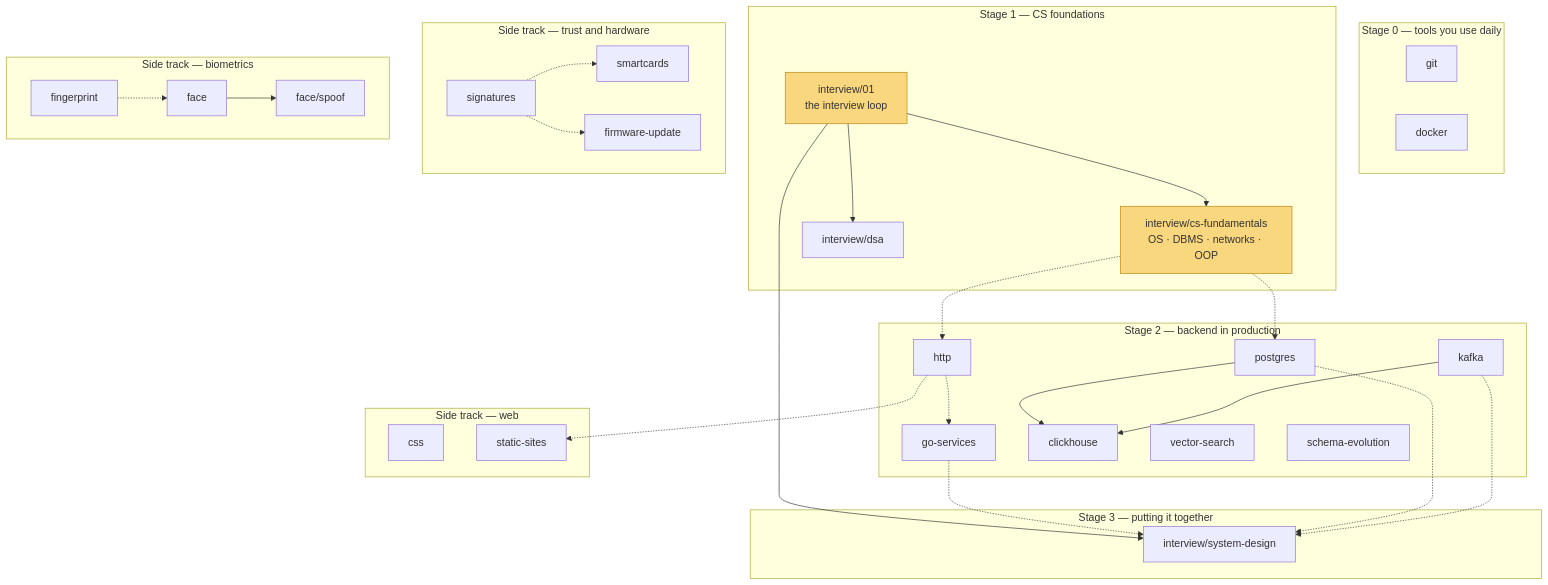
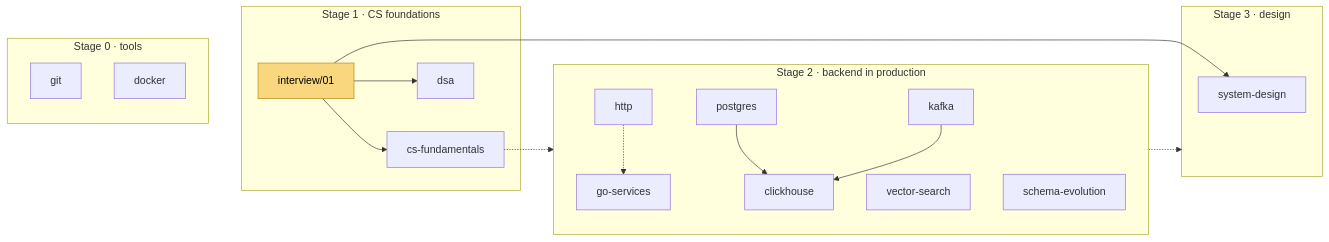
One commit to Beasr1/til changed the first of 2 diagrams in README.md. Above: the diagram before and after it, drawn with Mermaid. The commit also changed other lines of this file, not shown here.

Commit message:
docs:roadmap gets a plain-text map and two cleaner diagrams

````diff
--- a/README.md
+++ b/README.md
@@ -20,64 +51,34 @@
 ```mermaid
-flowchart TD
-    subgraph T0["Stage 0 — tools you use daily"]
+flowchart LR
+    subgraph S0["Stage 0 · tools"]
         git[git]
         docker[docker]
     end
 
-    subgraph T1["Stage 1 — CS foundations"]
-        iv01[interview/01<br/>the interview loop]
-        csf[interview/cs-fundamentals<br/>OS · DBMS · networks · OOP]
-        dsa[interview/dsa]
+    subgraph S1["Stage 1 · CS foundations"]
+        iv01[interview/01]
+        csf[cs-fundamentals]
+        dsa[dsa]
+        iv01 --> csf
+        iv01 --> dsa
     end
 
-    subgraph T2["Stage 2 — backend in production"]
-        http[http]
-        go[go-services]
-        pg[postgres]
-        kafka[kafka]
-        ch[clickhouse]
+    subgraph S2["Stage 2 · backend in production"]
+        http[http] -.-> go[go-services]
+        pg[postgres] --> ch[clickhouse]
+        kafka[kafka] --> ch
         vs[vector-search]
         se[schema-evolution]
     end
 
-    subgraph T3["Stage 3 — putting it together"]
-        sd[interview/system-design]
+    subgraph S3["Stage 3 · design"]
+        sd[system-design]
     end
 
-    subgraph W["Side track — web"]
-        css[css]
-        ss[static-sites]
-    end
+    S0 ~~~ S1
+    csf -.-> S2
+    S2 -.-> S3
+    iv01 --> sd
 
-    subgraph S["Side track — trust and hardware"]
-        sig[signatures]
-        sc[smartcards]
-        fw[firmware-update]
-    end
-
-    subgraph B["Side track — biometrics"]
-        fp[fingerprint]
-        face[face]
-        spoof[face/spoof]
-    end
-
-    iv01 --> csf
-    iv01 --> dsa
-    iv01 --> sd
-    csf -.-> http
-    csf -.-> pg
-    pg --> ch
-    kafka --> ch
-    http -.-> go
-    go -.-> sd
-    pg -.-> sd
-    kafka -.-> sd
-    http -.-> ss
-    sig -.-> sc
-    sig -.-> fw
-    face --> spoof
-    fp -.-> face
-
-    style iv01 fill:#f9d77e,stroke:#b8860b
-    style csf fill:#f9d77e,stroke:#b8860b
+    style iv01 fill:#f9d77e,stroke:#b8860b,color:#000
 ```
````
